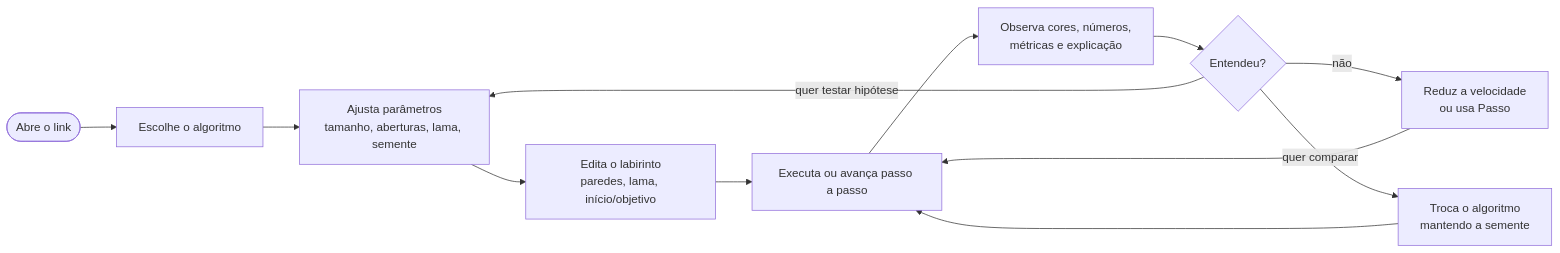
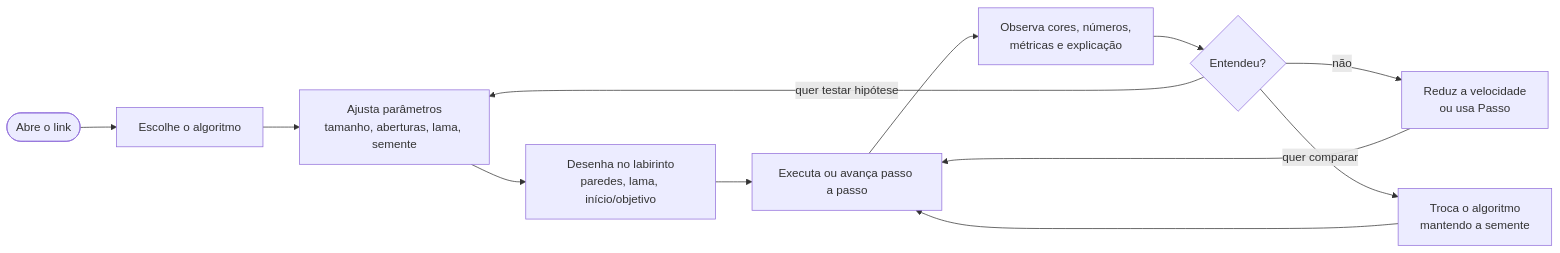
One commit to raffasrabelo/labirinto-playground changed the fifth of 9 diagrams in docs/02-arquitetura.md. Above: the diagram before and after it, drawn with Mermaid. The commit also changed other lines of this file and 44 other files, not shown here.

````diff
--- a/docs/02-arquitetura.md
+++ b/docs/02-arquitetura.md
@@ -80,14 +276,14 @@
 ```mermaid
 flowchart LR
     A([Abre o link]) --> B[Escolhe o algoritmo]
     B --> C[Ajusta parâmetros<br/>tamanho, aberturas, lama, semente]
-    C --> D[Edita o labirinto<br/>paredes, lama, início/objetivo]
+    C --> D[Desenha no labirinto<br/>paredes, lama, início/objetivo]
     D --> E[Executa ou avança passo a passo]
     E --> F[Observa cores, números,<br/>métricas e explicação]
     F --> G{Entendeu?}
     G -- "não" --> H[Reduz a velocidade<br/>ou usa Passo]
     H --> E
     G -- "quer comparar" --> I[Troca o algoritmo<br/>mantendo a semente]
     I --> E
     G -- "quer testar hipótese" --> C
 ```
````
